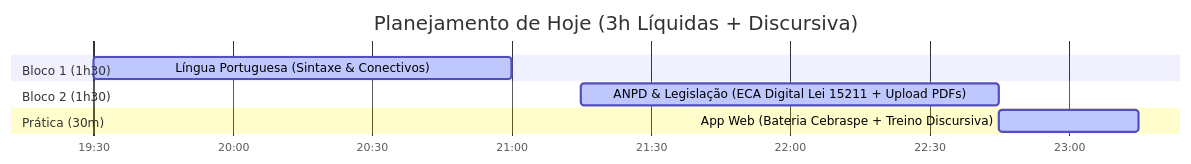
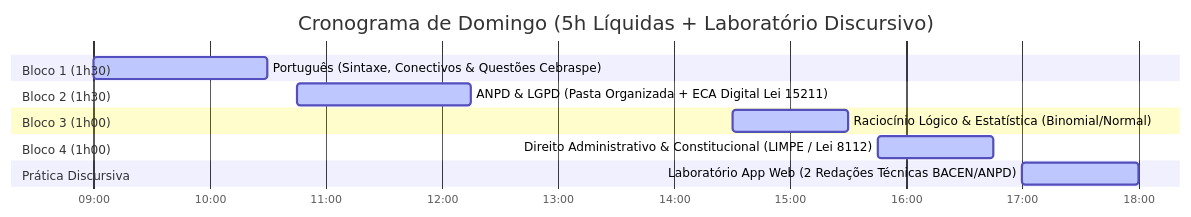
The diagram in PLANO_DE_ESTUDOS_DIARIO.md (Ashiuchi/projeto_futuro), drawn with Mermaid before and after one commit. The commit also changed other lines of this file, not shown here.

Commit message:
feat: agendamento completo de Domingo (13/09/2026) com 5h liquidas e treino de discursivas

````diff
--- a/PLANO_DE_ESTUDOS_DIARIO.md
+++ b/PLANO_DE_ESTUDOS_DIARIO.md
@@ -11,12 +12,16 @@
 ```mermaid
 gantt
-    title Planejamento de Hoje (3h Líquidas + Discursiva)
+    title Cronograma de Domingo (5h Líquidas + Laboratório Discursivo)
     dateFormat  HH:mm
     axisFormat %H:%M
     section Bloco 1 (1h30)
-    Língua Portuguesa (Sintaxe & Conectivos) : active, b1, 19:30, 21:00
+    Português (Sintaxe, Conectivos & Questões Cebraspe) : active, b1, 09:00, 10:30
     section Bloco 2 (1h30)
-    ANPD & Legislação (ECA Digital Lei 15211 + Upload PDFs) : active, b2, 21:15, 22:45
-    section Prática (30m)
-    App Web (Bateria Cebraspe + Treino Discursiva) : active, b3, 22:45, 23:15
+    ANPD & LGPD (Pasta Organizada + ECA Digital Lei 15211) : active, b2, 10:45, 12:15
+    section Bloco 3 (1h00)
+    Raciocínio Lógico & Estatística (Binomial/Normal) : active, b3, 14:30, 15:30
+    section Bloco 4 (1h00)
+    Direito Administrativo & Constitucional (LIMPE / Lei 8112) : active, b4, 15:45, 16:45
+    section Prática Discursiva
+    Laboratório App Web (2 Redações Técnicas BACEN/ANPD) : active, b5, 17:00, 18:00
 ```
````
